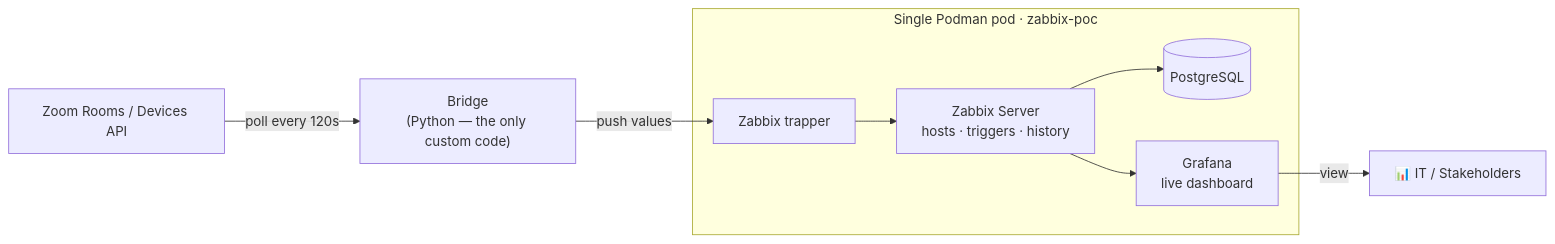
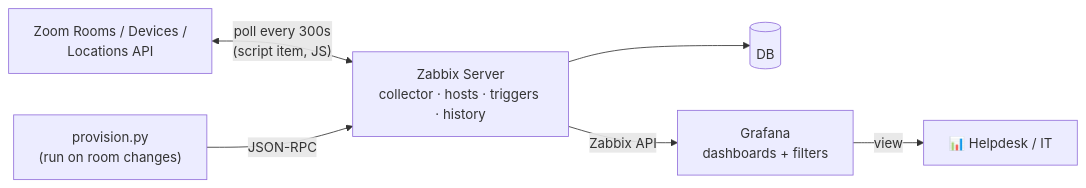
Before and after one commit to Euroheifer/zoom_room_monitor: the diagram in README.md, drawn with Mermaid. The commit also changed other lines of this file and 2 other files, not shown here.

First line of the commit message:
Docs reflect the production architecture

````diff
--- a/README.md
+++ b/README.md
@@ -43,11 +48,8 @@
 ```mermaid
 flowchart LR
-    Z["Zoom Rooms / Devices API"] -->|poll every 120s| B["Bridge<br/>(Python — the only custom code)"]
-    B -->|push values| T["Zabbix trapper"]
-    subgraph POD["Single Podman pod · zabbix-poc"]
-        T --> S["Zabbix Server<br/>hosts · triggers · history"]
-        S --> P[("PostgreSQL")]
-        S --> G["Grafana<br/>live dashboard"]
-    end
-    G -->|view| U["📊 IT / Stakeholders"]
+    Z["Zoom Rooms / Devices /<br/>Locations API"] <-->|"poll every 300s<br/>(script item, JS)"| S["Zabbix Server<br/>collector · hosts · triggers · history"]
+    S --> P[("DB")]
+    S -->|Zabbix API| G["Grafana<br/>dashboards + filters"]
+    B["provision.py<br/>(run on room changes)"] -->|JSON-RPC| S
+    G -->|view| U["📊 Helpdesk / IT"]
 ```
````
